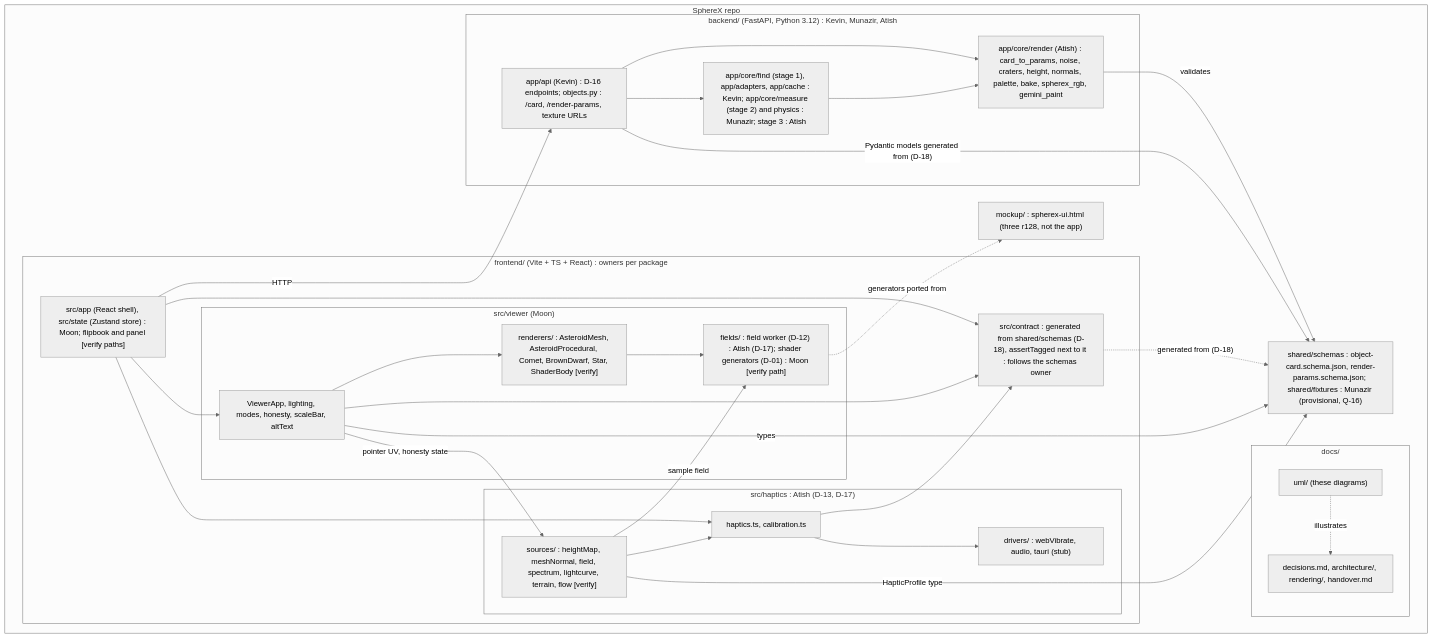
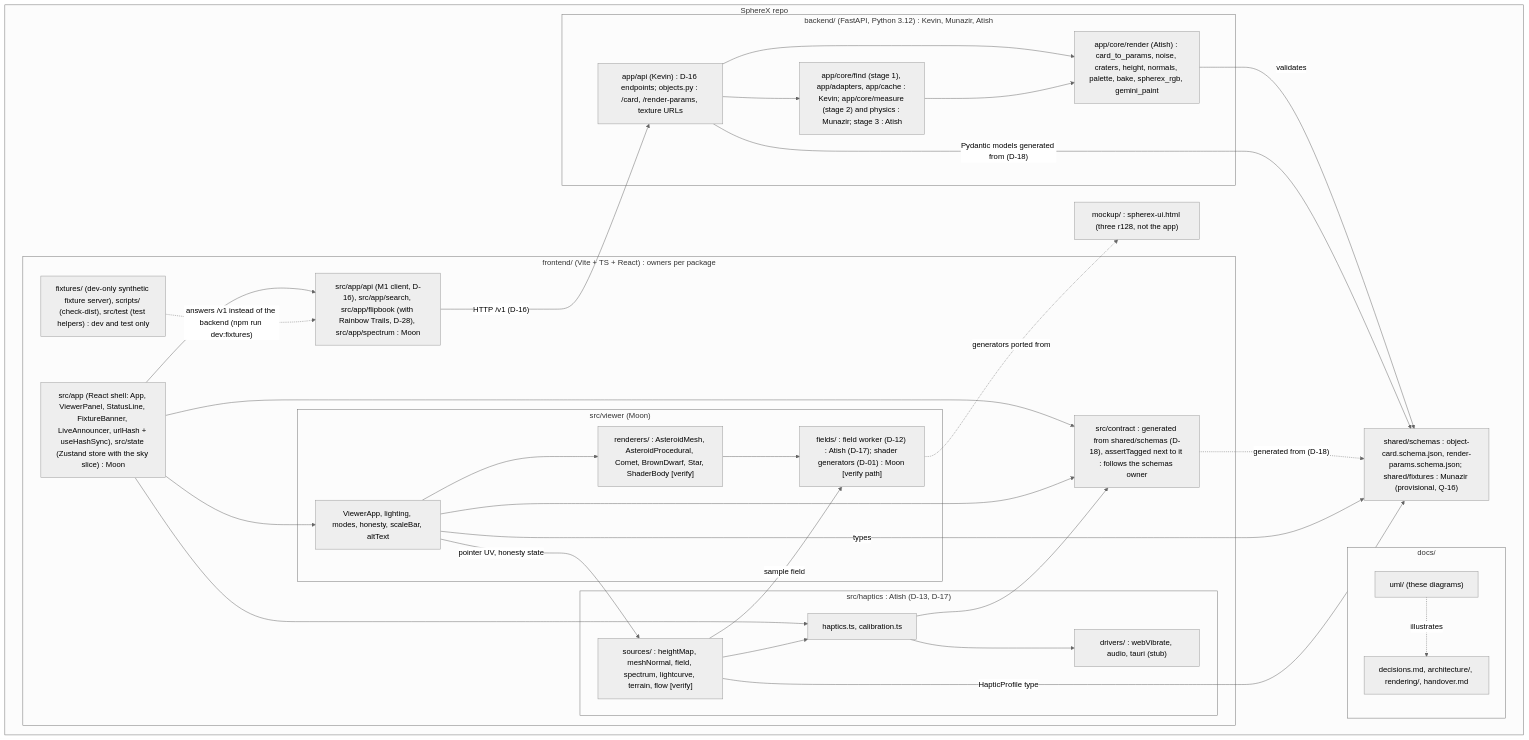
Before and after one commit to 0ffrian/SphereX: the diagram in docs/uml/04-package.md, drawn with Mermaid (neutral theme). The commit also changed other lines of this file and 8 other files, not shown here.

````diff
--- a/docs/uml/04-package.md
+++ b/docs/uml/04-package.md
@@ -5,58 +5,62 @@
 ```mermaid
 flowchart TB
   subgraph Repo["SphereX repo"]
     subgraph Docs["docs/"]
       DocSpecs["decisions.md, architecture/, rendering/, handover.md"]
       DocUML["uml/ (these diagrams)"]
     end
 
     Mockup["mockup/ : spherex-ui.html (three r128, not the app)"]
 
     subgraph Backend["backend/ (FastAPI, Python 3.12) : Kevin, Munazir, Atish"]
       BApi["app/api (Kevin) : D-16 endpoints; objects.py : /card, /render-params, texture URLs"]
       BPipe["app/core/find (stage 1), app/adapters, app/cache : Kevin; app/core/measure (stage 2) and physics : Munazir; stage 3 : Atish"]
       BRender["app/core/render (Atish) : card_to_params, noise, craters, height, normals, palette, bake, spherex_rgb, gemini_paint"]
     end
 
     subgraph Frontend["frontend/ (Vite + TS + React) : owners per package"]
-      FApp["src/app (React shell), src/state (Zustand store) : Moon; flipbook and panel [verify paths]"]
+      FApp["src/app (React shell: App, ViewerPanel, StatusLine, FixtureBanner, LiveAnnouncer, urlHash + useHashSync), src/state (Zustand store with the sky slice) : Moon"]
+      FFlip["src/app/api (M1 client, D-16), src/app/search, src/app/flipbook (with Rainbow Trails, D-28), src/app/spectrum : Moon"]
+      FDev["fixtures/ (dev-only synthetic fixture server), scripts/ (check-dist), src/test (test helpers) : dev and test only"]
       FContract["src/contract : generated from shared/schemas (D-18), assertTagged next to it : follows the schemas owner"]
       subgraph FViewer["src/viewer (Moon)"]
         VCore["ViewerApp, lighting, modes, honesty, scaleBar, altText"]
         VRend["renderers/ : AsteroidMesh, AsteroidProcedural, Comet, BrownDwarf, Star, ShaderBody [verify]"]
         VFields["fields/ : field worker (D-12) : Atish (D-17); shader generators (D-01) : Moon [verify path]"]
       end
       subgraph FHaptics["src/haptics : Atish (D-13, D-17)"]
         HCore["haptics.ts, calibration.ts"]
         HDrivers["drivers/ : webVibrate, audio, tauri (stub)"]
         HSources["sources/ : heightMap, meshNormal, field, spectrum, lightcurve, terrain, flow [verify]"]
       end
     end
 
     Schemas["shared/schemas : object-card.schema.json, render-params.schema.json; shared/fixtures : Munazir (provisional, Q-16)"]
   end
 
   DocUML -.->|"illustrates"| DocSpecs
   BApi --> BPipe
   BApi --> BRender
   BPipe --> BRender
   BRender -->|"validates"| Schemas
   BApi -->|"Pydantic models generated from (D-18)"| Schemas
 
   FApp --> VCore
   FApp --> FContract
   VCore --> FContract
   HCore --> FContract
   FContract -.->|"generated from (D-18)"| Schemas
   FApp --> HCore
-  FApp -->|"HTTP"| BApi
+  FApp --> FFlip
+  FFlip -->|"HTTP /v1 (D-16)"| BApi
+  FDev -.->|"answers /v1 instead of the backend (npm run dev:fixtures)"| FFlip
   VCore --> VRend
   VRend --> VFields
   VCore -->|"pointer UV, honesty state"| HSources
   HSources --> HCore
   HSources -->|"sample field"| VFields
   HCore --> HDrivers
   VCore -->|"types"| Schemas
   HSources -->|"HapticProfile type"| Schemas
   VFields -.->|"generators ported from"| Mockup
 ```
````
